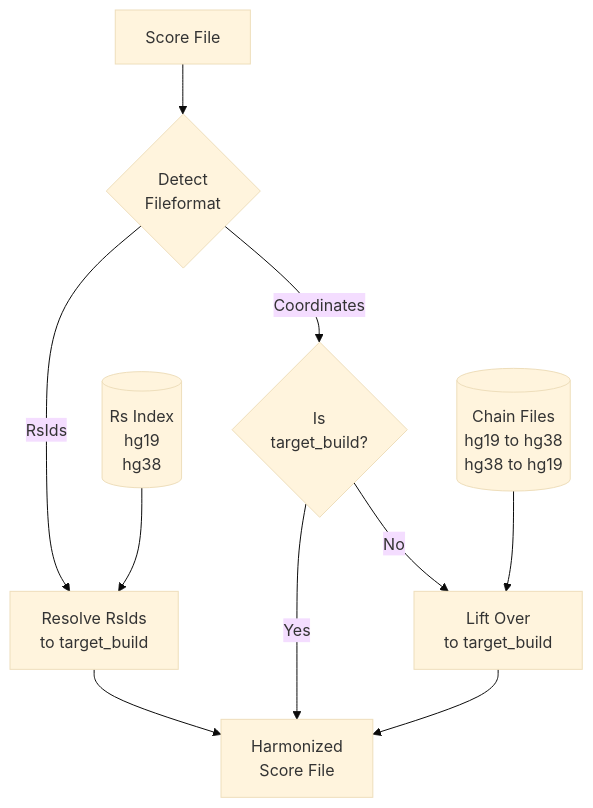
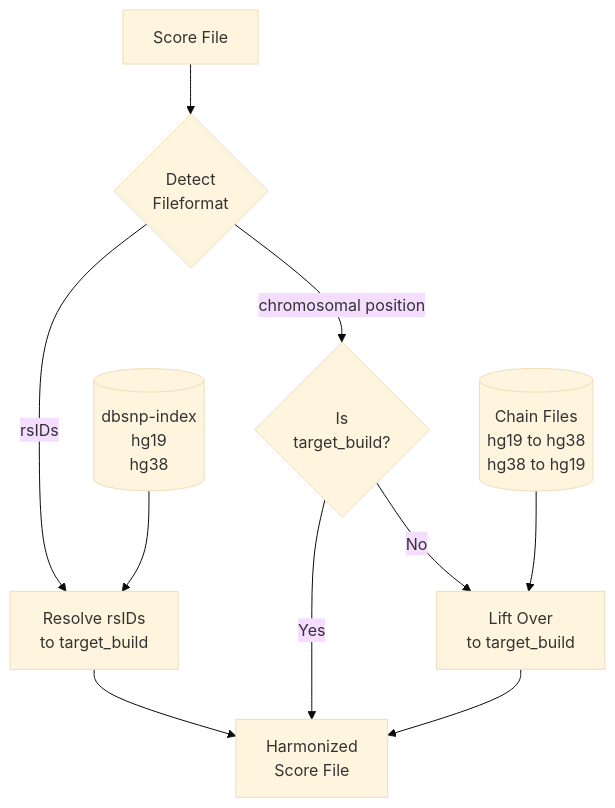
One commit to lukfor/pgs-catalog-harmoniser changed the diagram in README.md. Above: the diagram before and after it, drawn with Mermaid (base theme). The commit also changed other lines of this file, not shown here.

Commit message:
Update typos

````diff
--- a/README.md
+++ b/README.md
@@ -10,12 +10,12 @@
 ```mermaid
 graph TD
     INPUT[Score File] -->FILEFORMAT{Detect<br>Fileformat}
-    FILEFORMAT -- RsIds --> RESOLVE[Resolve RsIds<br>to target_build]
-    INDEX[(Rs Index<br>hg19<br>hg38)] --> RESOLVE
+    FILEFORMAT -- rsIDs --> RESOLVE[Resolve rsIDs<br>to target_build]
+    INDEX[(dbsnp-index<br>hg19<br>hg38)] --> RESOLVE
     RESOLVE --> DONE[Harmonized<br>Score File]
-    FILEFORMAT -- Coordinates --> D{Is<br>target_build?}
+    FILEFORMAT -- chromosomal position --> D{Is<br>target_build?}
     D -- Yes --> DONE
     D -- No --> LIFTOVER[Lift Over<br>to target_build]
     CHAIN[(Chain Files<br>hg19 to hg38<br>hg38 to hg19)] --> LIFTOVER
     LIFTOVER --> DONE
 ```
````
